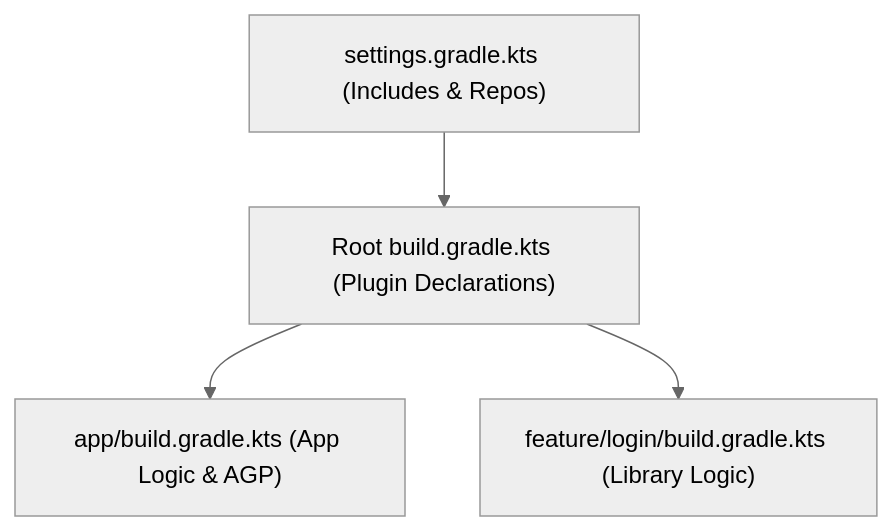
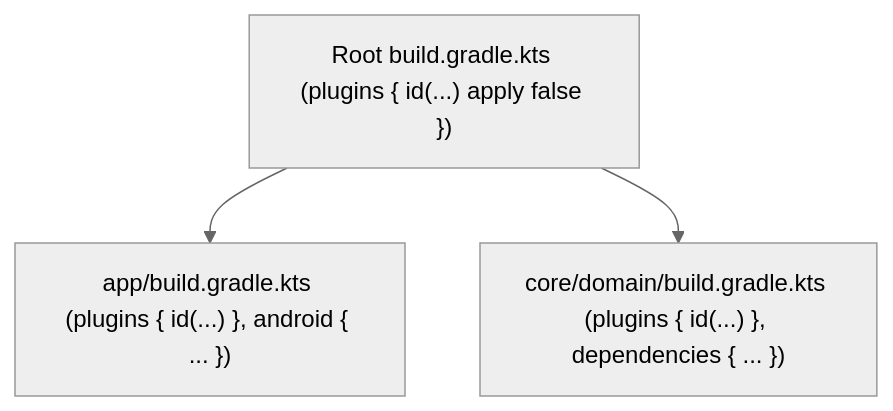
Before and after one commit to youngmin-gwon/what-i-studied: the diagram in 01_inbox/mobile/android/03_packaging_deployment/build/gradle/gradle-build-contracts/gradle-project-and-module-dsl-have-different-responsibilities.md, drawn with Mermaid (neutral theme). The commit also changed other lines of this file and 134 other files, not shown here.

````diff
--- a/01_inbox/mobile/android/03_packaging_deployment/build/gradle/gradle-build-contracts/gradle-project-and-module-dsl-have-different-responsibilities.md
+++ b/01_inbox/mobile/android/03_packaging_deployment/build/gradle/gradle-build-contracts/gradle-project-and-module-dsl-have-different-responsibilities.md
@@ -21,6 +24,5 @@
 ```mermaid
 flowchart TD
-    Settings["settings.gradle.kts (Includes & Repos)"] --> RootBuild["Root build.gradle.kts (Plugin Declarations)"]
-    RootBuild --> AppBuild["app/build.gradle.kts (App Logic & AGP)"]
-    RootBuild --> FeatureBuild["feature/login/build.gradle.kts (Library Logic)"]
+    RootDSL["Root build.gradle.kts (plugins { id(...) apply false })"] --> ModuleApp["app/build.gradle.kts (plugins { id(...) }, android { ... })"]
+    RootDSL --> ModuleCore["core/domain/build.gradle.kts (plugins { id(...) }, dependencies { ... })"]
 ```
````
